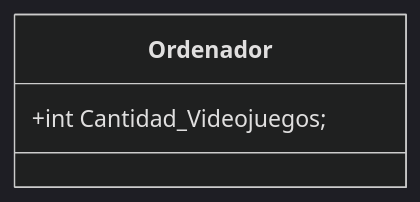
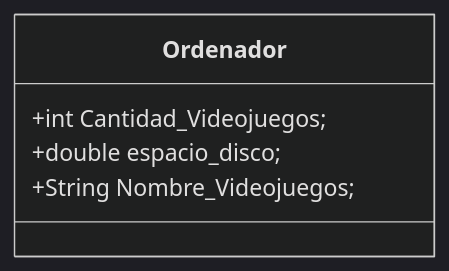
The diagram in README.md (MyNameIsAlecs/UML), drawn with Mermaid (dark theme) before and after one commit. The commit also changed other lines of this file, not shown here.

````diff
--- a/README.md
+++ b/README.md
@@ -29,6 +25,8 @@
 ```mermaid
-classDiagram
-class Ordenador{
-  +int Cantidad_Videojuegos;
-}
+    classDiagram
+      class Ordenador{
+      +int Cantidad_Videojuegos;
+      +double espacio_disco;
+      +String Nombre_Videojuegos;
+    }
 ```
````
